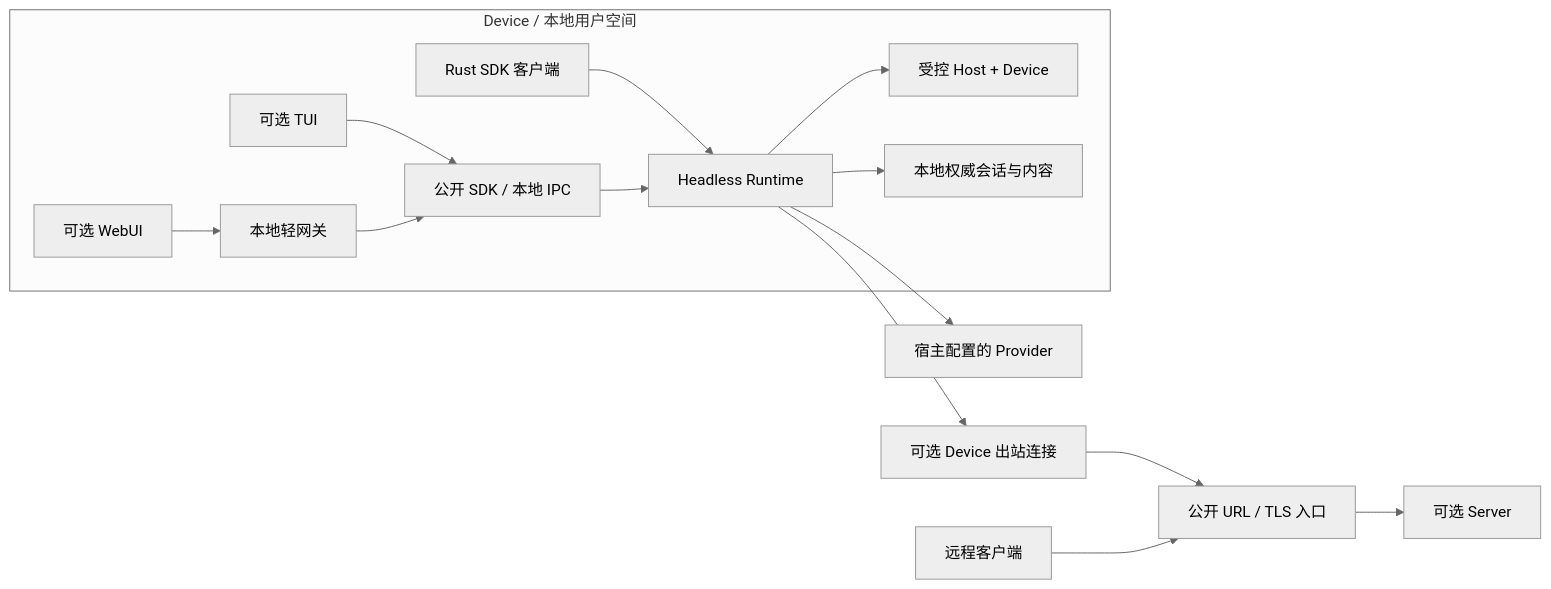
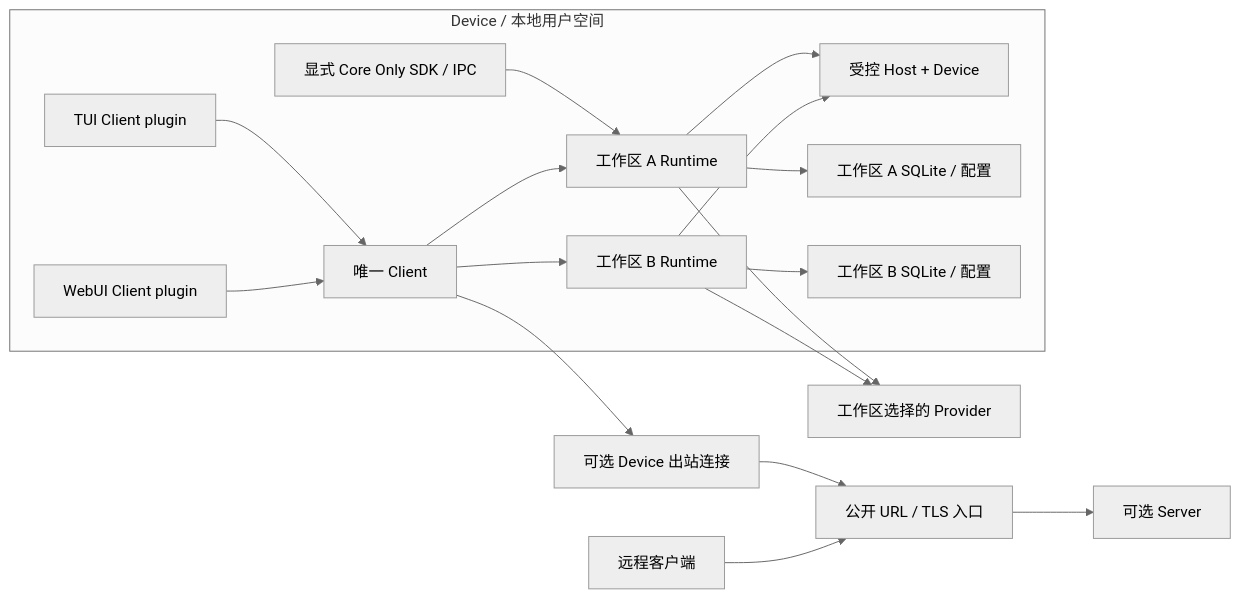
The first of 2 diagrams in docs/architecture.md (changw98ic/CAYW), drawn with Mermaid (neutral theme) before and after one commit. The commit also changed other lines of this file and 126 other files, not shown here.

First line of the commit message:
feat(runtime): complete macOS local client workflow

````diff
--- a/docs/architecture.md
+++ b/docs/architecture.md
@@ -65,25 +65,29 @@
 ```mermaid
 flowchart LR
   subgraph Local["Device / 本地用户空间"]
-    SDK["Rust SDK 客户端"]
-    TUI["可选 TUI"]
-    WEB["可选 WebUI"]
-    GW["本地轻网关"]
-    IPC["公开 SDK / 本地 IPC"]
-    RT["Headless Runtime"]
+    SDK["显式 Core Only SDK / IPC"]
+    TUI["TUI Client plugin"]
+    WEB["WebUI Client plugin"]
+    CLIENT["唯一 Client"]
+    RTA["工作区 A Runtime"]
+    RTB["工作区 B Runtime"]
     CAP["受控 Host + Device"]
-    DB["本地权威会话与内容"]
-    SDK --> RT
-    TUI --> IPC
-    WEB --> GW
-    GW --> IPC
-    IPC --> RT
-    RT --> CAP
-    RT --> DB
+    DBA["工作区 A SQLite / 配置"]
+    DBB["工作区 B SQLite / 配置"]
+    SDK --> RTA
+    TUI --> CLIENT
+    WEB --> CLIENT
+    CLIENT --> RTA
+    CLIENT --> RTB
+    RTA --> CAP
+    RTB --> CAP
+    RTA --> DBA
+    RTB --> DBB
   end
-  RT --> MODEL["宿主配置的 Provider"]
-  RT --> OUT["可选 Device 出站连接"]
+  RTA --> MODEL["工作区选择的 Provider"]
+  RTB --> MODEL
+  CLIENT --> OUT["可选 Device 出站连接"]
   OUT --> TLS["公开 URL / TLS 入口"]
   TLS --> SRV["可选 Server"]
-  CLIENT["远程客户端"] --> TLS
+  REMOTE["远程客户端"] --> TLS
 ```
````
